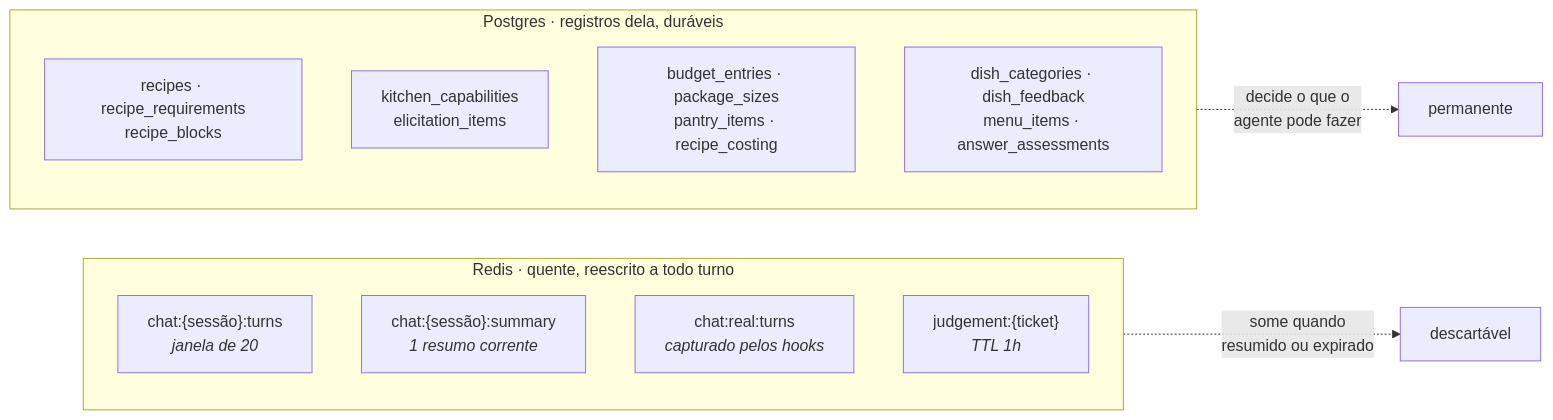
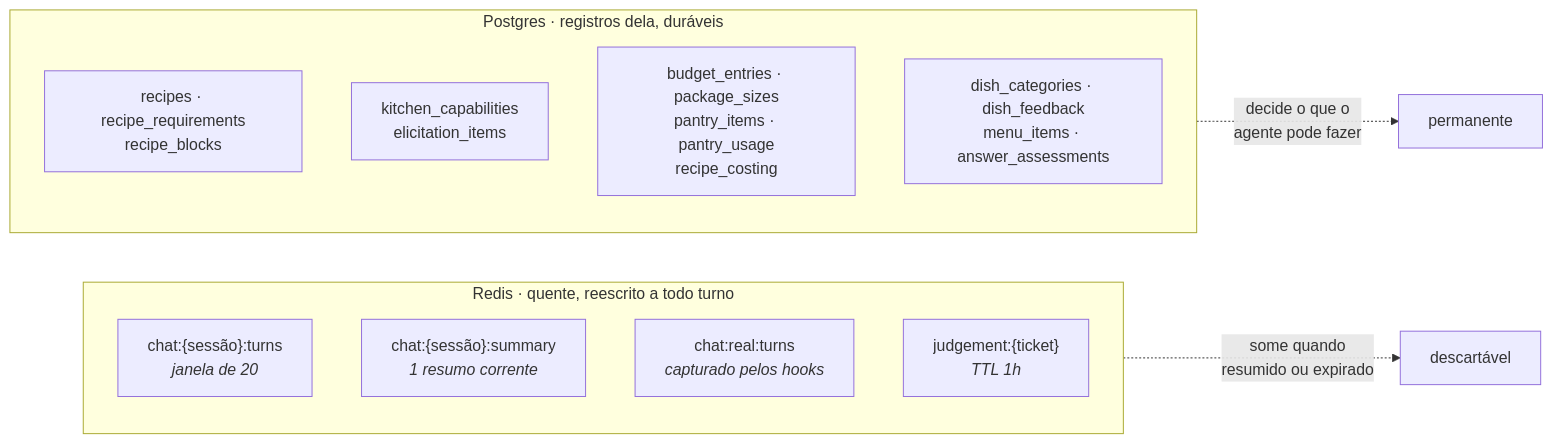
Before and after one commit to lrdsouza/jacquinho: the first of 6 diagrams in docs/modelo-de-dados.md, drawn with Mermaid. The commit also changed other lines of this file and 25 other files, not shown here.

````diff
--- a/docs/modelo-de-dados.md
+++ b/docs/modelo-de-dados.md
@@ -6,17 +6,17 @@
 ```mermaid
 flowchart LR
     subgraph R["Redis · quente, reescrito a todo turno"]
         r1["chat:{sessão}:turns<br/><i>janela de 20</i>"]
         r2["chat:{sessão}:summary<br/><i>1 resumo corrente</i>"]
         r4["chat:real:turns<br/><i>capturado pelos hooks</i>"]
         r3["judgement:{ticket}<br/><i>TTL 1h</i>"]
     end
     subgraph P["Postgres · registros dela, duráveis"]
         p1["recipes · recipe_requirements<br/>recipe_blocks"]
         p2["kitchen_capabilities<br/>elicitation_items"]
-        p3["budget_entries · package_sizes<br/>pantry_items · recipe_costing"]
+        p3["budget_entries · package_sizes<br/>pantry_items · pantry_usage<br/>recipe_costing"]
         p4["dish_categories · dish_feedback<br/>menu_items · answer_assessments"]
     end
     R -.->|"some quando<br/>resumido ou expirado"| X["descartável"]
     P -.->|"decide o que o<br/>agente pode fazer"| Y["permanente"]
 ```
````
